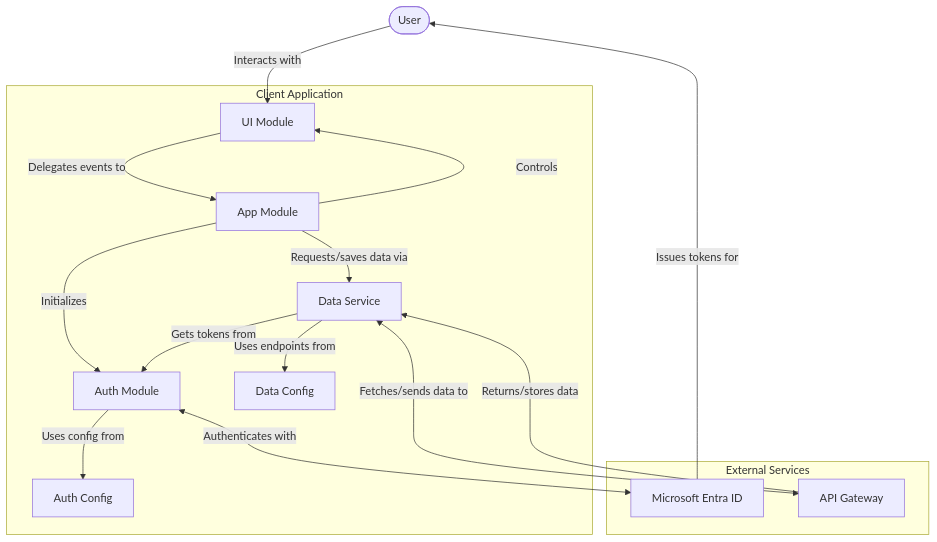
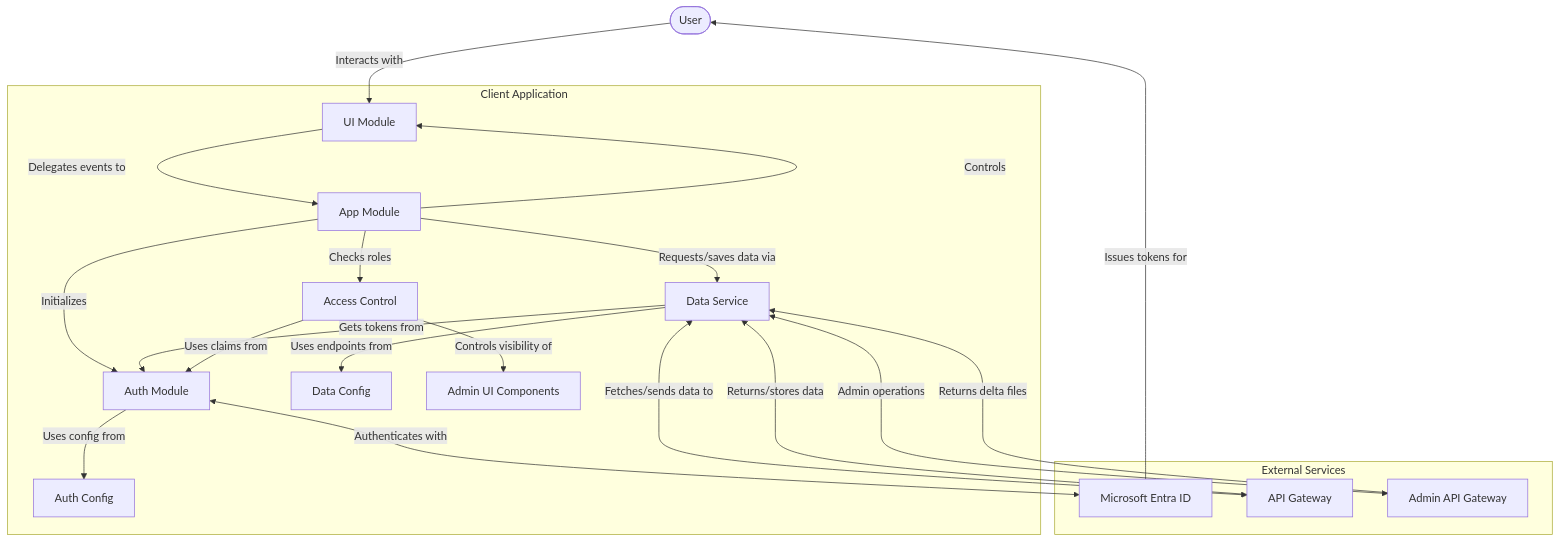
Before and after one commit to lucasjellema/simple-authenticated-webapp: the first of 3 diagrams in architecture.md, drawn with Mermaid. The commit also changed other lines of this file and 7 other files, not shown here.

Commit message:
support Admin mode - list delta files, retrieve delta file

````diff
--- a/architecture.md
+++ b/architecture.md
@@ -105,33 +126,42 @@
 ```mermaid
 graph TD
     User([User]) -->|Interacts with| UI[UI Module]
     UI -->|Delegates events to| App[App Module]
     
     App -->|Initializes| Auth[Auth Module]
     App -->|Controls| UI
     App -->|Requests/saves data via| DataService[Data Service]
     
     Auth -->|Uses config from| AuthConfig[Auth Config]
     Auth <-->|Authenticates with| EntraID[Microsoft Entra ID]
     
     DataService -->|Uses endpoints from| DataConfig[Data Config]
     DataService -->|Gets tokens from| Auth
     DataService <-->|Fetches/sends data to| APIGateway[API Gateway]
+    DataService <-->|Admin operations| AdminAPI[Admin API Gateway]
+    
+    App -->|Checks roles| AccessControl[Access Control]
+    AccessControl -->|Controls visibility of| AdminUI[Admin UI Components]
+    AccessControl -->|Uses claims from| Auth
     
     subgraph "Client Application"
         UI
         App
         Auth
         DataService
         AuthConfig
         DataConfig
+        AccessControl
+        AdminUI
     end
     
     subgraph "External Services"
         EntraID
         APIGateway
+        AdminAPI
     end
     
     EntraID -->|Issues tokens for| User
     APIGateway -->|Returns/stores data| DataService
+    AdminAPI -->|Returns delta files| DataService
 ```
````
